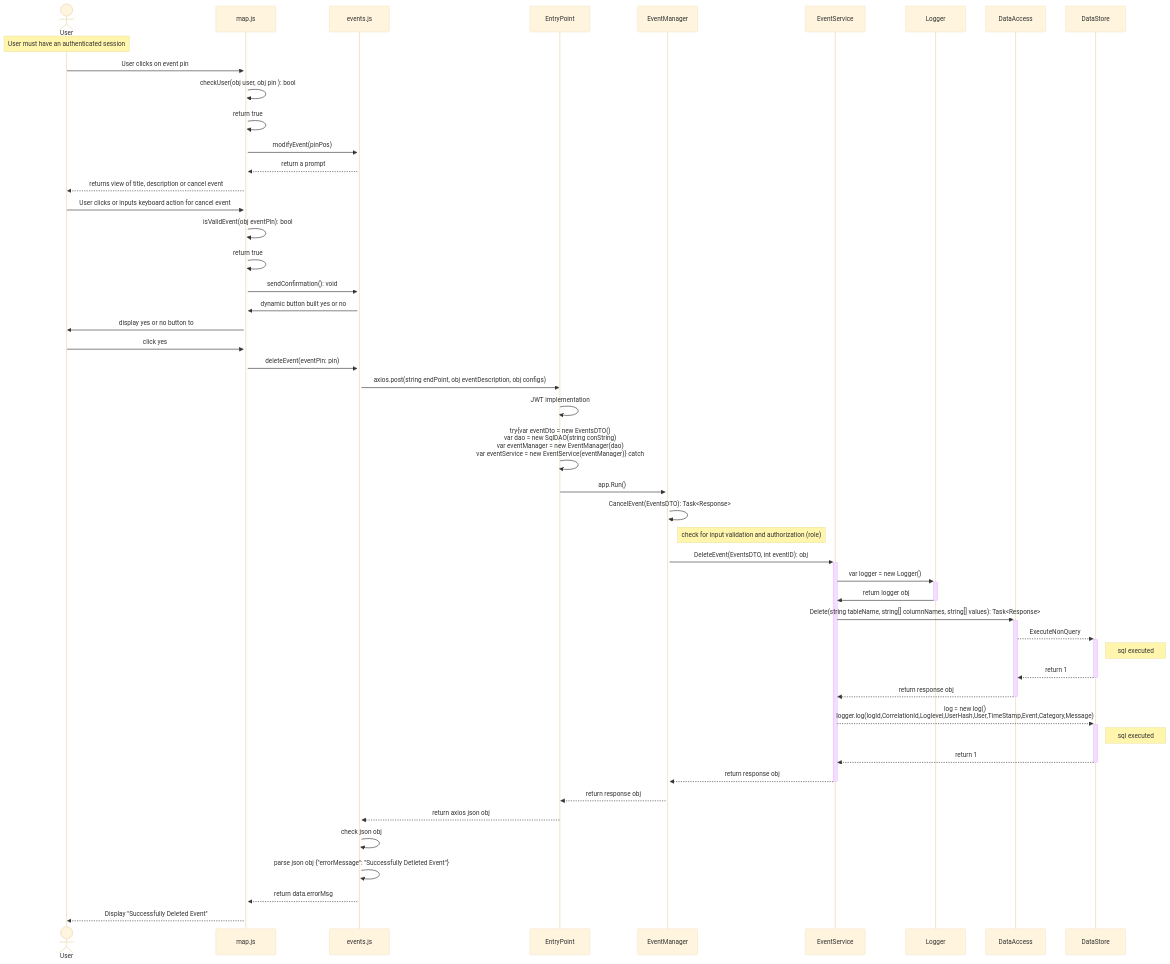
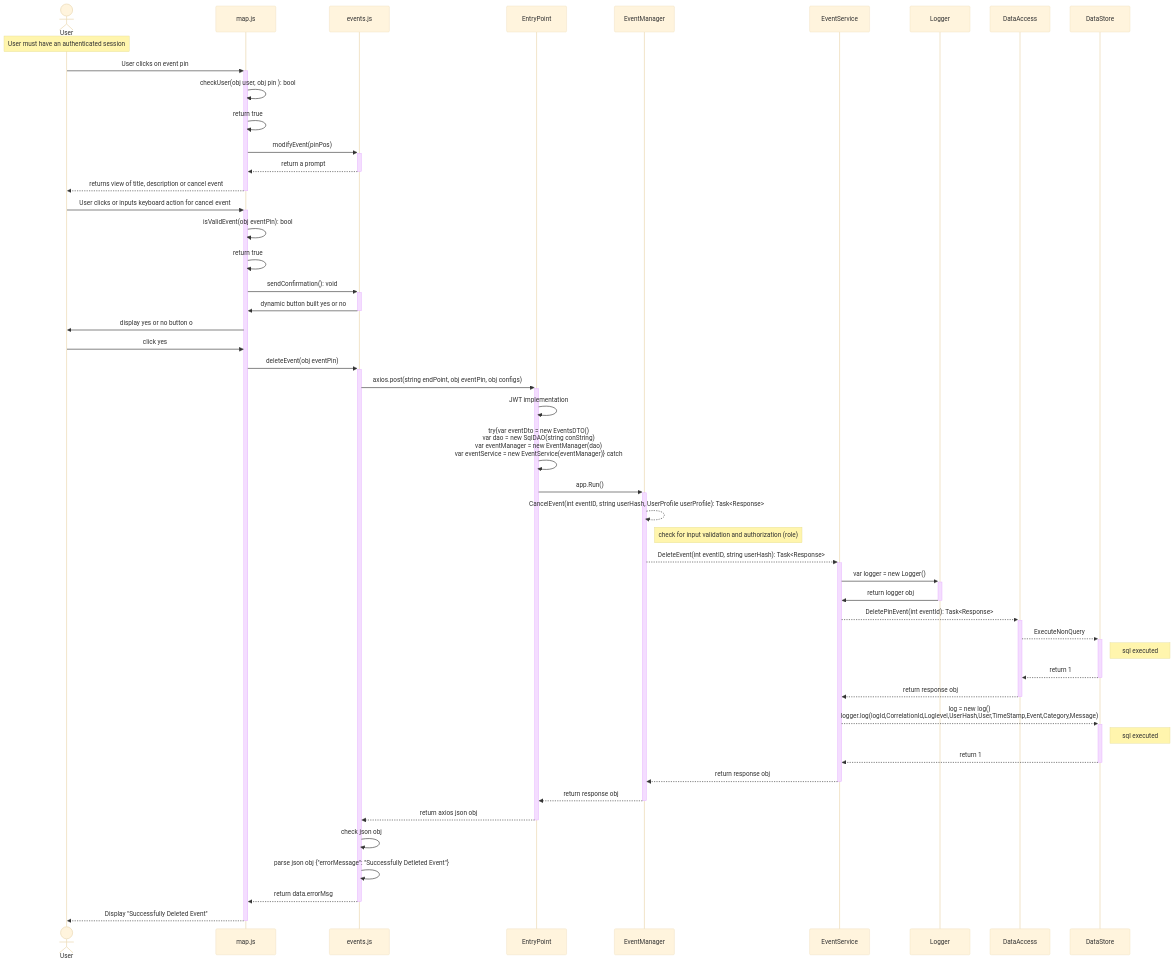
The diagram in events/success/event-cancel-success.md (JosephArmas/cecs-491A-Team-Big-Data), drawn with Mermaid (base theme) before and after one commit. The commit also changed 10 other files, not shown here.

````diff
--- a/events/success/event-cancel-success.md
+++ b/events/success/event-cancel-success.md
@@ -3,53 +3,53 @@
 ```mermaid
 sequenceDiagram
     actor User
     participant map.js
     participant events.js
     participant EntryPoint
     participant EventManager
     participant EventService
     participant Logger
     participant DataAccess
     participant DataStore
     note over User: User must have an authenticated session
     User->>+map.js: User clicks on event pin
     map.js->>map.js: checkUser(obj user, obj pin ): bool
     map.js->>map.js: return true
     map.js->>+events.js: modifyEvent(pinPos)
-    events.js-->>map.js: return a prompt 
-    map.js-->>User: returns view of title, description or cancel event
-    User->>map.js: User clicks or inputs keyboard action for cancel event
+    events.js-->>-map.js: return a prompt 
+    map.js-->>-User: returns view of title, description or cancel event
+    User->>+map.js: User clicks or inputs keyboard action for cancel event
     map.js->>map.js: isValidEvent(obj eventPin): bool
     map.js->>map.js: return true
-    map.js->>events.js: sendConfirmation(): void
-    events.js->>map.js: dynamic button built yes or no
-    map.js->>User: display yes or no button to 
+    map.js->>+events.js: sendConfirmation(): void
+    events.js->>-map.js: dynamic button built yes or no
+    map.js->>User: display yes or no button o
     User->>map.js: click yes
-    map.js->>events.js: deleteEvent(eventPin: pin)
-    events.js->>EntryPoint: axios.post(string endPoint, obj eventDescription, obj configs)
+    map.js->>+events.js: deleteEvent(obj eventPin)
+    events.js->>+EntryPoint: axios.post(string endPoint, obj eventPin, obj configs)
     EntryPoint->>EntryPoint: JWT implementation
     EntryPoint->>EntryPoint: try{var eventDto = new EventsDTO() <br> var dao = new SqlDAO(string conString) <br> var eventManager = new EventManager(dao) <br> var eventService = new EventService(eventManager)} catch
     EntryPoint->>+EventManager: app.Run()
-    EventManager->>EventManager: CancelEvent(EventsDTO): Task<Response>
+    EventManager-->>EventManager: CancelEvent(int eventID, string userHash, UserProfile userProfile): Task<Response>
     note right of EventManager: check for input validation and authorization (role)
-    EventManager->>+EventService: DeleteEvent(EventsDTO, int eventID): obj
+    EventManager-->>+EventService: DeleteEvent(int eventID, string userHash): Task<Response>
     EventService->>+Logger: var logger = new Logger()
     Logger->>-EventService: return logger obj
-    EventService->>+DataAccess: Delete(string tableName, string[] columnNames, string[] values): Task<Response>
+    EventService-->>+DataAccess: DeletePinEvent(int eventId): Task<Response>
     DataAccess-->>+DataStore: ExecuteNonQuery
     note right of DataStore: sql executed
     DataStore-->>-DataAccess: return 1
     DataAccess-->>-EventService: return response obj
     EventService-->>+DataStore: log = new log()<br> logger.log(logId,CorrelationId,Loglevel,UserHash,User,TimeStamp,Event,Category,Message)
     note right of DataStore: sql executed
     DataStore-->>-EventService: return 1
     EventService-->>-EventManager: return response obj
-    EventManager-->>EntryPoint: return response obj
-    EntryPoint-->>events.js: return axios json obj
+    EventManager-->>-EntryPoint: return response obj
+    EntryPoint-->>-events.js: return axios json obj
     events.js->>events.js: check json obj
     events.js->>events.js: parse json obj {"errorMessage": "Successfully Detleted Event"}
-    events.js-->>map.js: return data.errorMsg
-    map.js-->>User: Display "Successfully Deleted Event"
+    events.js-->>-map.js: return data.errorMsg
+    map.js-->>-User: Display "Successfully Deleted Event"
     
 
 ```
````
